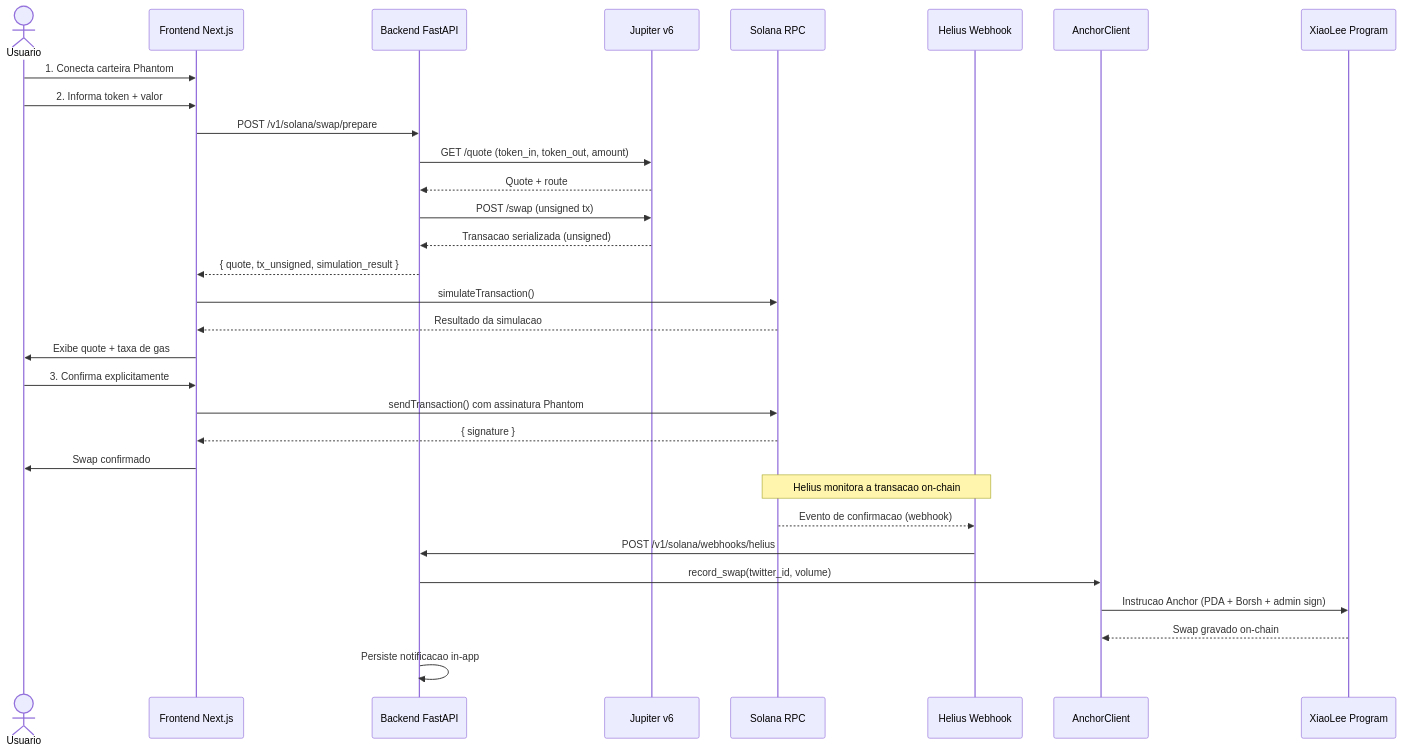
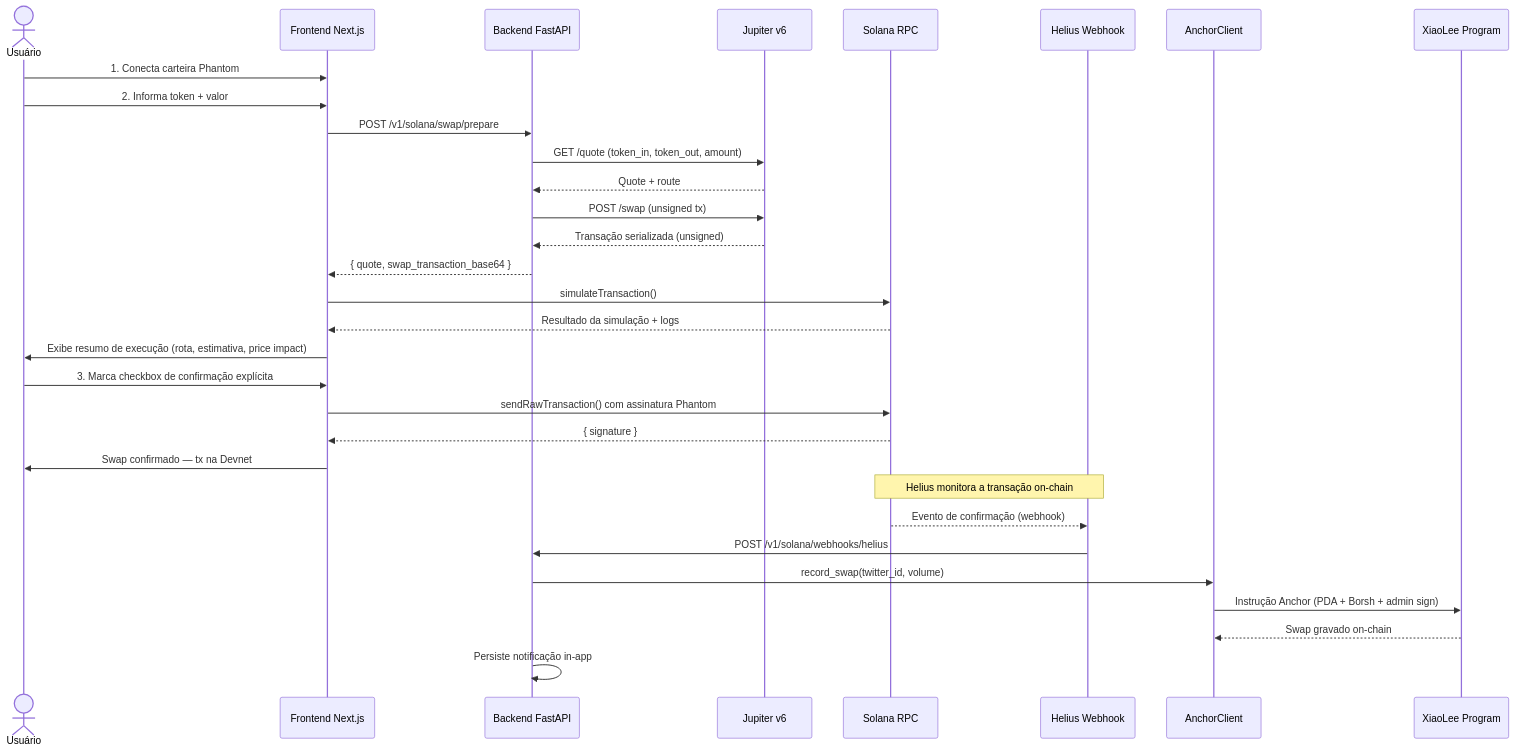
The second of 4 diagrams in README.md (ParaDevs-Brasil/XiaoLee), drawn with Mermaid before and after one commit. The commit also changed other lines of this file and 19 other files, not shown here.

````diff
--- a/README.md
+++ b/README.md
@@ -122,39 +131,39 @@
 ```mermaid
 sequenceDiagram
-    actor U as Usuario
+    actor U as Usuário
     participant FE as Frontend Next.js
     participant API as Backend FastAPI
     participant JUP as Jupiter v6
     participant RPC as Solana RPC
     participant HEL as Helius Webhook
     participant ANCH as AnchorClient
     participant PROG as XiaoLee Program
 
     U->>FE: 1. Conecta carteira Phantom
     U->>FE: 2. Informa token + valor
 
     FE->>API: POST /v1/solana/swap/prepare
     API->>JUP: GET /quote (token_in, token_out, amount)
     JUP-->>API: Quote + route
     API->>JUP: POST /swap (unsigned tx)
-    JUP-->>API: Transacao serializada (unsigned)
-    API-->>FE: { quote, tx_unsigned, simulation_result }
+    JUP-->>API: Transação serializada (unsigned)
+    API-->>FE: { quote, swap_transaction_base64 }
 
     FE->>RPC: simulateTransaction()
-    RPC-->>FE: Resultado da simulacao
+    RPC-->>FE: Resultado da simulação + logs
 
-    FE->>U: Exibe quote + taxa de gas
-    U->>FE: 3. Confirma explicitamente
+    FE->>U: Exibe resumo de execução (rota, estimativa, price impact)
+    U->>FE: 3. Marca checkbox de confirmação explícita
 
-    FE->>RPC: sendTransaction() com assinatura Phantom
+    FE->>RPC: sendRawTransaction() com assinatura Phantom
     RPC-->>FE: { signature }
-    FE->>U: Swap confirmado
+    FE->>U: Swap confirmado — tx na Devnet
 
-    Note over RPC,HEL: Helius monitora a transacao on-chain
-    RPC-->>HEL: Evento de confirmacao (webhook)
+    Note over RPC,HEL: Helius monitora a transação on-chain
+    RPC-->>HEL: Evento de confirmação (webhook)
     HEL->>API: POST /v1/solana/webhooks/helius
     API->>ANCH: record_swap(twitter_id, volume)
-    ANCH->>PROG: Instrucao Anchor (PDA + Borsh + admin sign)
+    ANCH->>PROG: Instrução Anchor (PDA + Borsh + admin sign)
     PROG-->>ANCH: Swap gravado on-chain
-    API->>API: Persiste notificacao in-app
+    API->>API: Persiste notificação in-app
 ```
````
